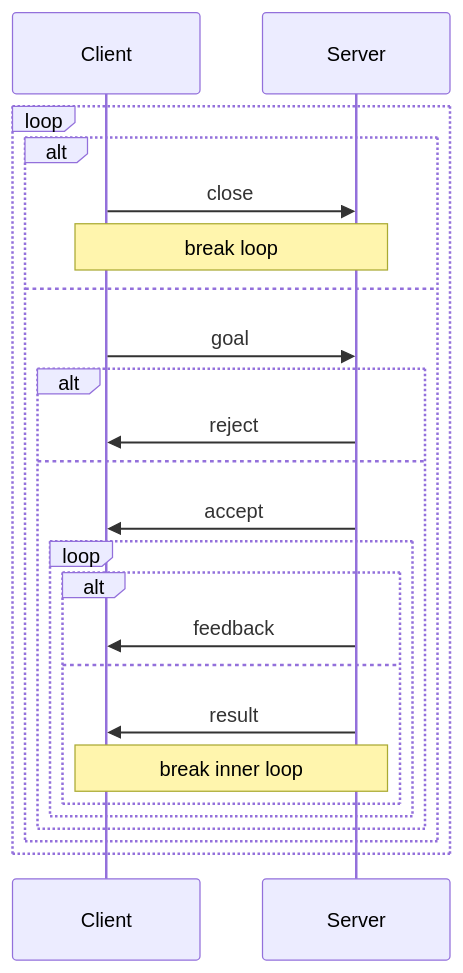
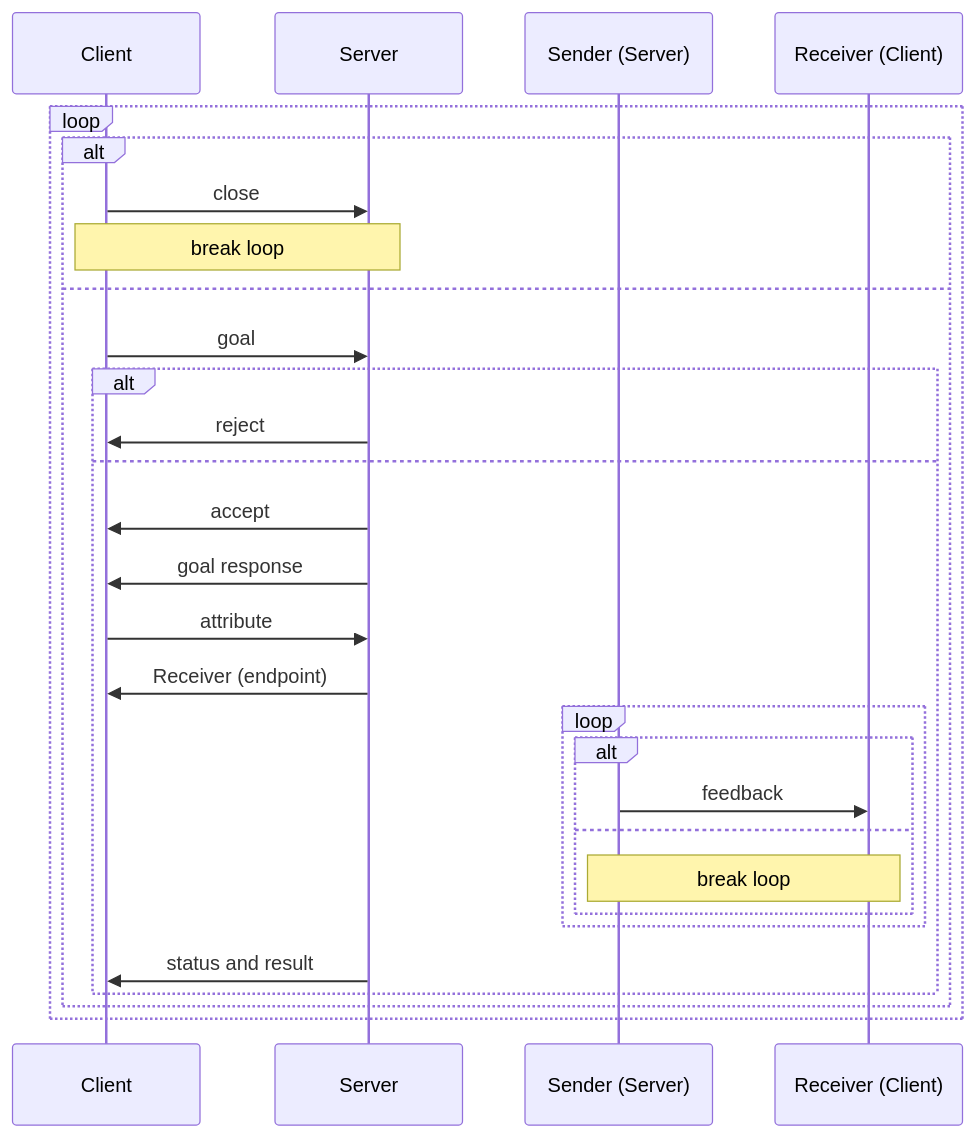
The first of 3 diagrams in specification/t4os_async_lib/src/action.rs/README.md (tier4/awkernel), drawn with Mermaid before and after one commit. The commit also changed other lines of this file and 3 other files, not shown here.

````diff
--- a/specification/t4os_async_lib/src/action.rs/README.md
+++ b/specification/t4os_async_lib/src/action.rs/README.md
@@ -28,24 +28,29 @@
 ```mermaid
 sequenceDiagram
     loop
         alt
             Client->>Server: close
             Note over Client,Server: break loop
         else
             Client->>Server: goal
             alt
                 Server->>Client: reject
             else
                 Server->>Client: accept
+                Server->>Client: goal response
+                Client->>Server: attribute
+                Server->>Client: Receiver (endpoint)
+
                 loop
                     alt
-                        Server->>Client: feedback
+                        Sender (Server)->>Receiver (Client): feedback
                     else
-                        Server->>Client: result
-                        Note over Client,Server: break inner loop
+                        Note over Sender (Server),Receiver (Client): break loop
                     end
                 end
+
+                Server->>Client: status and result
             end
         end
     end
 ```
````
